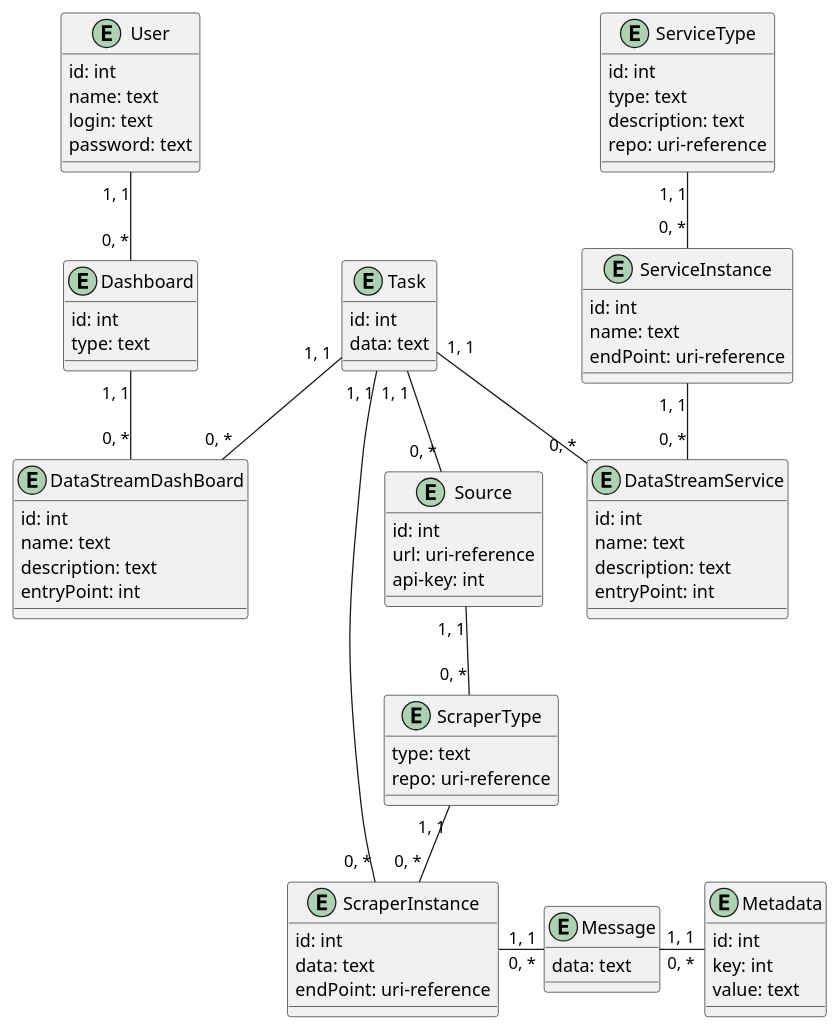
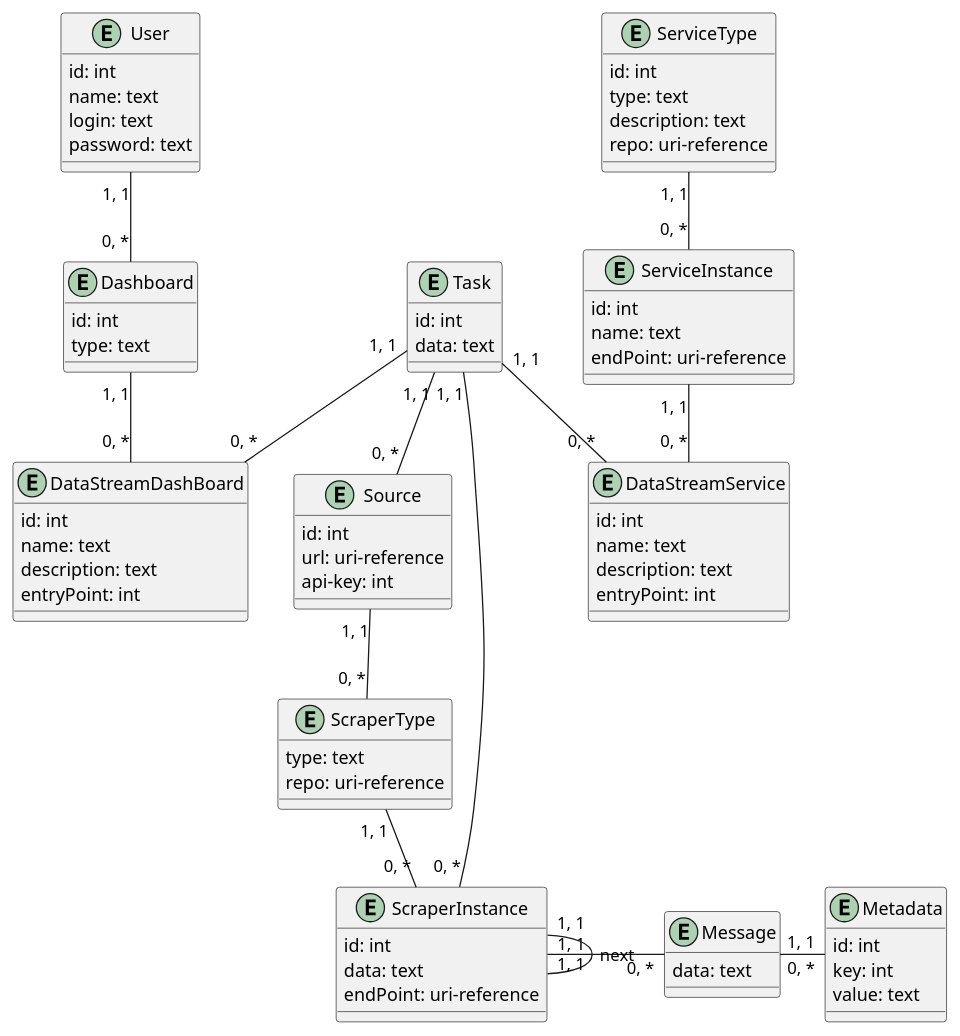
The diagram in docs/design/README.md (Pashhaa/media-content-analyze-system), drawn with PlantUML before and after one commit. The commit also changed other lines of this file and 4 other files, not shown here.

Commit message:
change er-diagram and add sql

```diff
--- a/docs/design/README.md
+++ b/docs/design/README.md
@@ -90,6 +85,7 @@
   Source "1, 1" -- "0, *" ScraperType
   ScraperType "1, 1" -- "0, *" ScraperInstance
   ScraperInstance "1, 1" - "0, *" Message
+  ScraperInstance "1, 1" - "1, 1" ScraperInstance : next
   Message "1, 1" - "0, *" Metadata
   
 @enduml
```
